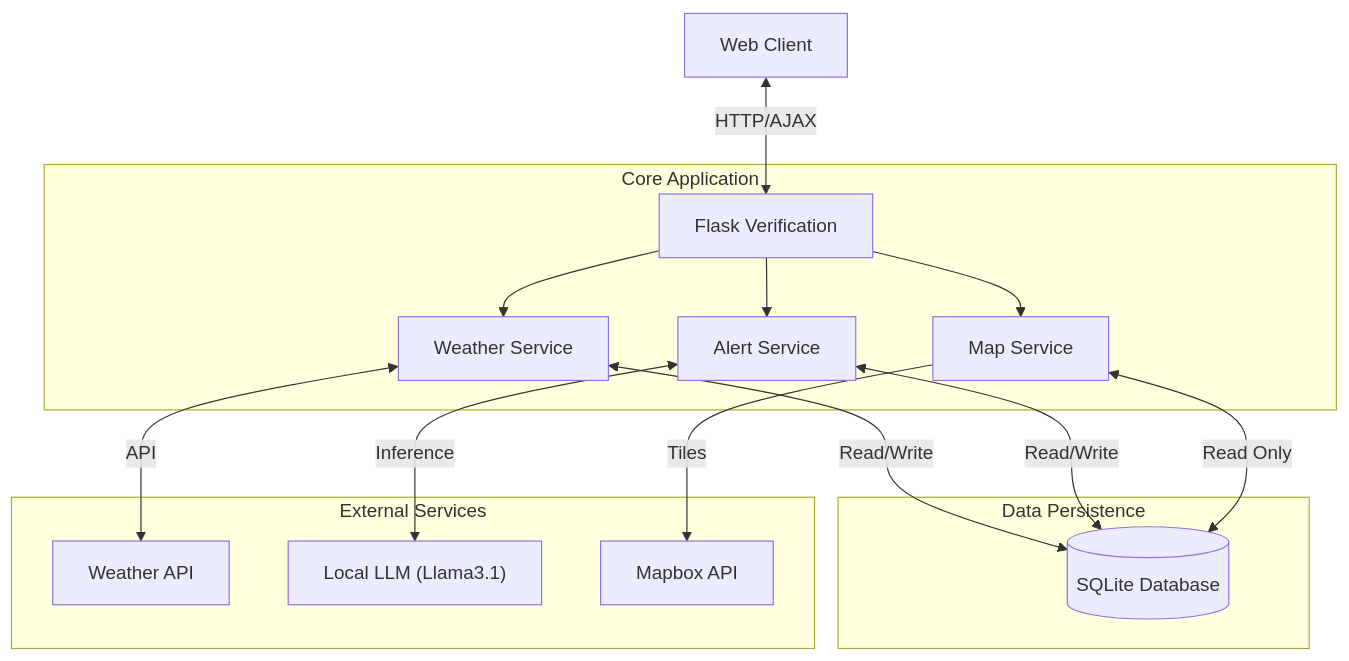
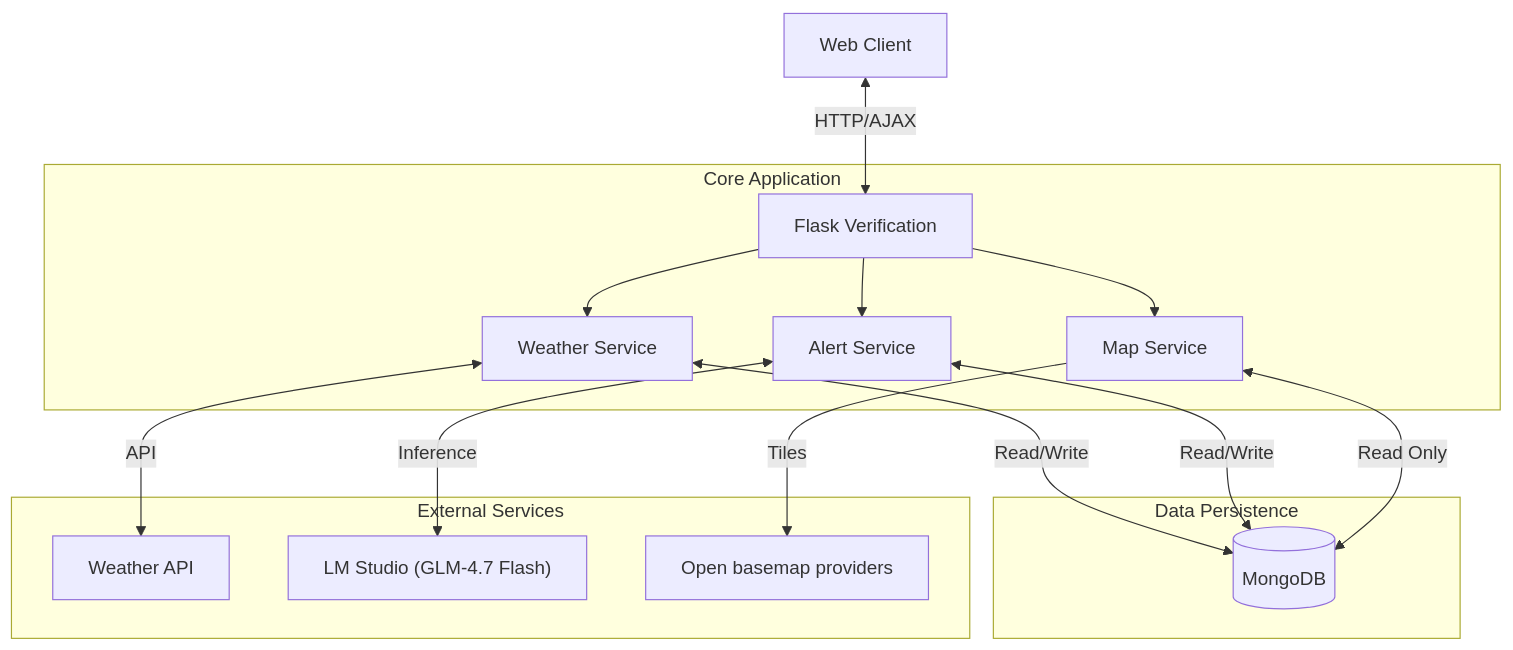
One commit to imtiazNDMA/EarlyWarningSystem changed the diagram in README.md. Above: the diagram before and after it, drawn with Mermaid. The commit also changed other lines of this file and 41 other files, not shown here.

````diff
--- a/README.md
+++ b/README.md
@@ -29,22 +29,22 @@
 ```mermaid
 graph TD
     Client[Web Client] <-->|HTTP/AJAX| App[Flask Verification]
     
     subgraph "Core Application"
         App --> WeatherSvc[Weather Service]
         App --> AlertSvc[Alert Service]
         App --> MapSvc[Map Service]
     end
     
     subgraph "Data Persistence"
-        WeatherSvc <-->|Read/Write| DB[("SQLite Database")]
+        WeatherSvc <-->|Read/Write| DB[("MongoDB")]
         AlertSvc <-->|Read/Write| DB
         MapSvc <-->|Read Only| DB
     end
     
     subgraph "External Services"
         WeatherSvc <-->|API| OpenMeteo["Weather API"]
-        AlertSvc <-->|Inference| Ollama["Local LLM (Llama3.1)"]
-        MapSvc -->|Tiles| Mapbox["Mapbox API"]
+        AlertSvc <-->|Inference| LMStudio["LM Studio (GLM-4.7 Flash)"]
+        MapSvc -->|Tiles| OpenMaps["Open basemap providers"]
     end
 ```
````
